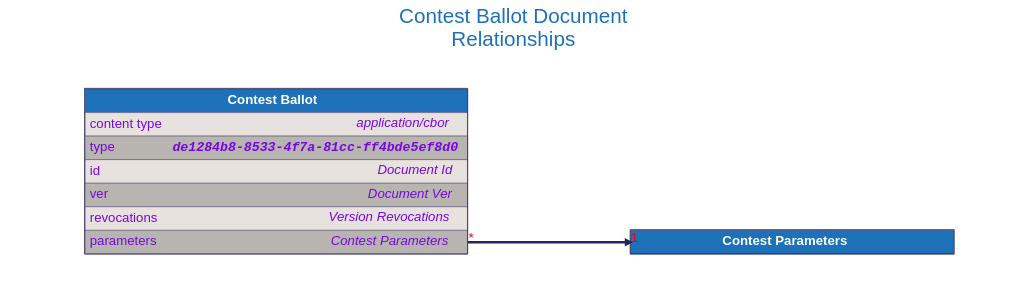
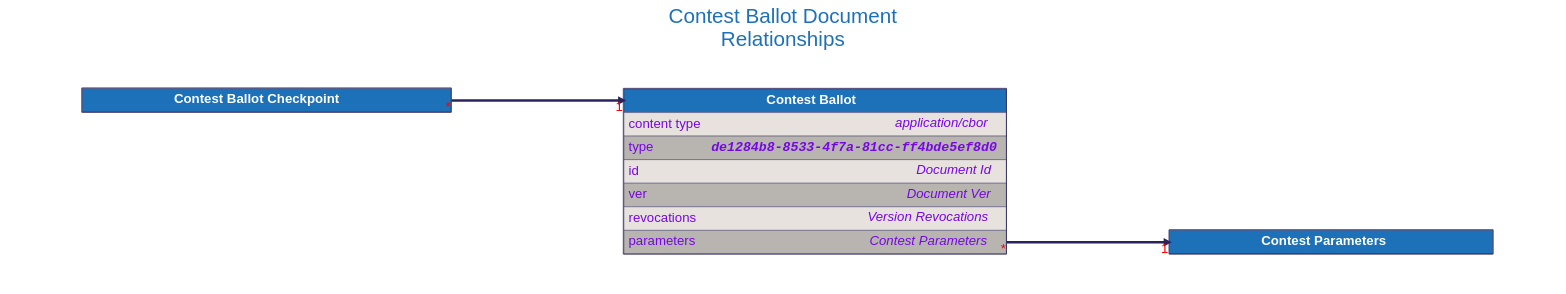
The diagram in docs/src/architecture/08_concepts/signed_doc/diagrams/contest_ballot.dot (input-output-hk/catalyst-libs), drawn with Graphviz before and after one commit. The commit also changed 25 other files, not shown here.

Commit message:
docs(docs): Add the ballot checkpoint design specification to the docs

```diff
--- a/docs/src/architecture/08_concepts/signed_doc/diagrams/contest_ballot.dot
+++ b/docs/src/architecture/08_concepts/signed_doc/diagrams/contest_ballot.dot
@@ -1,107 +1,123 @@
 digraph "Contest Ballot" {
     rankdir="LR"
     graph [fontname="helvetica", fontsize="32", fontcolor="#29235c", bgcolor="white"];
     node [penwidth="0", margin="0", fontname="helvetica", fontsize="32", fontcolor="#29235c"];
     edge [fontname="helvetica", fontsize="32", fontcolor="red", color="#29235c"];
 
     labelloc="t"
     label="Contest Ballot Document
 Relationships"
     fontcolor="#1d71b8"
     fontsize=50
     compound=true
 
 
 
     "Contest Parameters" [
         id="Contest Parameters";
         label=<
             <TABLE BORDER="2" COLOR="#29235c" CELLBORDER="1" CELLSPACING="0" CELLPADDING="10">
             <TR>
                 <TD PORT="title" BGCOLOR="#1d71b8" HREF="../contest_parameters/">
                     <FONT COLOR="#ffffff"><B> Contest Parameters </B></FONT>
                 </TD>
             </TR>
 
             </TABLE>
         >
     ];
 
 
     "Contest Ballot" [
         id="Contest Ballot";
         label=<
             <TABLE BORDER="2" COLOR="#29235c" CELLBORDER="1" CELLSPACING="0" CELLPADDING="10">
             <TR>
                 <TD PORT="title" BGCOLOR="#1d71b8" HREF="../contest_ballot/">
                     <FONT COLOR="#ffffff"><B> Contest Ballot </B></FONT>
                 </TD>
             </TR>
             <TR>
                 <TD ALIGN="LEFT" PORT="content type" BGCOLOR="#e7e2dd">
                     <TABLE CELLPADDING="0" CELLSPACING="0" BORDER="0">
                         <TR>
                             <TD ALIGN="LEFT" VALIGN="TOP" WIDTH="200"><FONT COLOR="#7706E5">content type</FONT></TD>
                             <TD ALIGN="RIGHT"><FONT COLOR="#7706E5"><I>application/cbor</I></FONT></TD>
                         </TR>
                     </TABLE>
                 </TD>
             </TR>
             <TR>
                 <TD ALIGN="LEFT" PORT="type" BGCOLOR="#b8b5b0">
                     <TABLE CELLPADDING="0" CELLSPACING="0" BORDER="0">
                         <TR>
                             <TD ALIGN="LEFT" VALIGN="TOP" WIDTH="200"><FONT COLOR="#7706E5">type</FONT></TD>
                             <TD ALIGN="RIGHT"><FONT FACE="Courier" COLOR="#7706E5"><B><I>de1284b8-8533-4f7a-81cc-ff4bde5ef8d0</I></B></FONT></TD>
                         </TR>
                     </TABLE>
                 </TD>
             </TR>
             <TR>
                 <TD ALIGN="LEFT" PORT="id" BGCOLOR="#e7e2dd">
                     <TABLE CELLPADDING="0" CELLSPACING="0" BORDER="0">
                         <TR>
                             <TD ALIGN="LEFT" VALIGN="TOP" WIDTH="200"><FONT COLOR="#7706E5">id</FONT></TD>
                             <TD ALIGN="RIGHT"><FONT COLOR="#7706E5"><I>Document Id</I></FONT></TD>
                         </TR>
                     </TABLE>
                 </TD>
             </TR>
             <TR>
                 <TD ALIGN="LEFT" PORT="ver" BGCOLOR="#b8b5b0">
                     <TABLE CELLPADDING="0" CELLSPACING="0" BORDER="0">
                         <TR>
                             <TD ALIGN="LEFT" VALIGN="TOP" WIDTH="200"><FONT COLOR="#7706E5">ver</FONT></TD>
                             <TD ALIGN="RIGHT"><FONT COLOR="#7706E5"><I>Document Ver</I></FONT></TD>
                         </TR>
                     </TABLE>
                 </TD>
             </TR>
             <TR>
                 <TD ALIGN="LEFT" PORT="revocations" BGCOLOR="#e7e2dd">
                     <TABLE CELLPADDING="0" CELLSPACING="0" BORDER="0">
                         <TR>
                             <TD ALIGN="LEFT" VALIGN="TOP" WIDTH="200"><FONT COLOR="#7706E5">revocations</FONT></TD>
                             <TD ALIGN="RIGHT"><FONT COLOR="#7706E5"><I>Version Revocations</I></FONT></TD>
                         </TR>
                     </TABLE>
                 </TD>
             </TR>
             <TR>
                 <TD ALIGN="LEFT" PORT="parameters" BGCOLOR="#b8b5b0">
                     <TABLE CELLPADDING="0" CELLSPACING="0" BORDER="0">
                         <TR>
                             <TD ALIGN="LEFT" VALIGN="TOP" WIDTH="200"><FONT COLOR="#7706E5">parameters</FONT></TD>
                             <TD ALIGN="RIGHT"><FONT COLOR="#7706E5"><I>Contest Parameters</I></FONT></TD>
                         </TR>
                     </TABLE>
                 </TD>
             </TR>
 
             </TABLE>
         >
     ];
 
 
+    "Contest Ballot Checkpoint" [
+        id="Contest Ballot Checkpoint";
+        label=<
+            <TABLE BORDER="2" COLOR="#29235c" CELLBORDER="1" CELLSPACING="0" CELLPADDING="10">
+            <TR>
+                <TD PORT="title" BGCOLOR="#1d71b8" HREF="../contest_ballot_checkpoint/">
+                    <FONT COLOR="#ffffff"><B> Contest Ballot Checkpoint </B></FONT>
+                </TD>
+            </TR>
+
+            </TABLE>
+        >
+    ];
+
+
     "Contest Ballot":"parameters":e -> "Contest Parameters":"title":w [dir=forward, penwidth=6, color="#29235c", headlabel="1", taillabel="*"]
+    "Contest Ballot Checkpoint":"title":e -> "Contest Ballot":"title":w [dir=forward, penwidth=6, color="#29235c", headlabel="1", taillabel="*"]
 }
```
